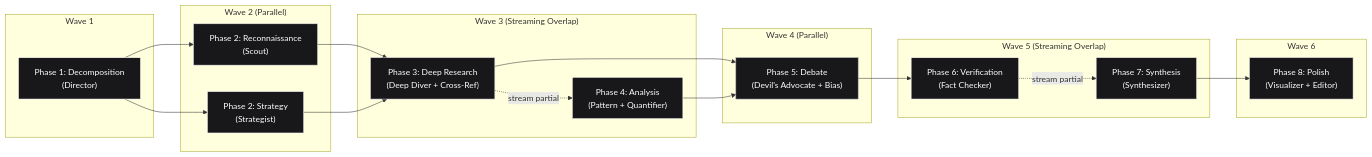
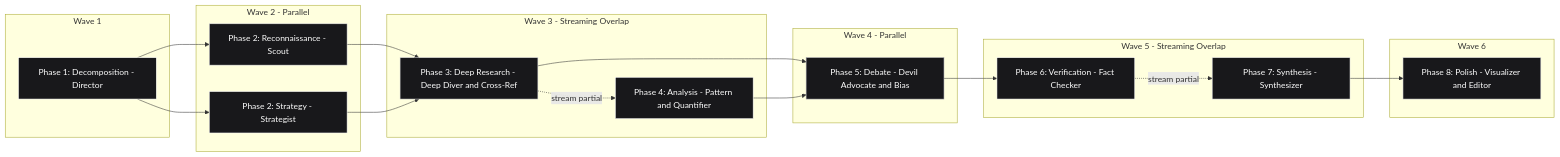
Before and after one commit to siddarth1872004/nexus-research: the second of 3 diagrams in README.md, drawn with Mermaid. The commit also changed other lines of this file, not shown here.

Commit message:
fix: quote Mermaid node labels to fix GitHub diagram rendering

````diff
--- a/README.md
+++ b/README.md
@@ -66,50 +60,50 @@
 ```mermaid
 graph LR
     subgraph WAVE_1["Wave 1"]
-        P1["Phase 1: Decomposition\n(Director)"]
+        P1["Phase 1: Decomposition - Director"]
     end
 
-    subgraph WAVE_2["Wave 2 (Parallel)"]
-        P2a["Phase 2: Reconnaissance\n(Scout)"]
-        P2b["Phase 2: Strategy\n(Strategist)"]
+    subgraph WAVE_2["Wave 2 - Parallel"]
+        P2a["Phase 2: Reconnaissance - Scout"]
+        P2b["Phase 2: Strategy - Strategist"]
     end
 
-    subgraph WAVE_3["Wave 3 (Streaming Overlap)"]
-        P3["Phase 3: Deep Research\n(Deep Diver + Cross-Ref)"]
-        P4["Phase 4: Analysis\n(Pattern + Quantifier)"]
+    subgraph WAVE_3["Wave 3 - Streaming Overlap"]
+        P3["Phase 3: Deep Research - Deep Diver and Cross-Ref"]
+        P4["Phase 4: Analysis - Pattern and Quantifier"]
     end
 
-    subgraph WAVE_4["Wave 4 (Parallel)"]
-        P5["Phase 5: Debate\n(Devil's Advocate + Bias)"]
+    subgraph WAVE_4["Wave 4 - Parallel"]
+        P5["Phase 5: Debate - Devil Advocate and Bias"]
     end
 
-    subgraph WAVE_5["Wave 5 (Streaming Overlap)"]
-        P6["Phase 6: Verification\n(Fact Checker)"]
-        P7["Phase 7: Synthesis\n(Synthesizer)"]
+    subgraph WAVE_5["Wave 5 - Streaming Overlap"]
+        P6["Phase 6: Verification - Fact Checker"]
+        P7["Phase 7: Synthesis - Synthesizer"]
     end
 
     subgraph WAVE_6["Wave 6"]
-        P8["Phase 8: Polish\n(Visualizer + Editor)"]
+        P8["Phase 8: Polish - Visualizer and Editor"]
     end
 
     P1 --> P2a
     P1 --> P2b
     P2a --> P3
     P2b --> P3
     P3 -.->|stream partial| P4
     P3 --> P5
     P4 --> P5
     P5 --> P6
     P6 -.->|stream partial| P7
     P7 --> P8
 
     style P1 fill:#18181b,stroke:#ffffff,color:#fff
     style P2a fill:#18181b,stroke:#e4e4e7,color:#fff
     style P2b fill:#18181b,stroke:#f4f4f5,color:#fff
     style P3 fill:#18181b,stroke:#d4d4d8,color:#fff
     style P4 fill:#18181b,stroke:#ffffff,color:#fff
     style P5 fill:#18181b,stroke:#a1a1aa,color:#fff
     style P6 fill:#18181b,stroke:#ffffff,color:#fff
     style P7 fill:#18181b,stroke:#e4e4e7,color:#fff
     style P8 fill:#18181b,stroke:#d4d4d8,color:#fff
 ```
````
